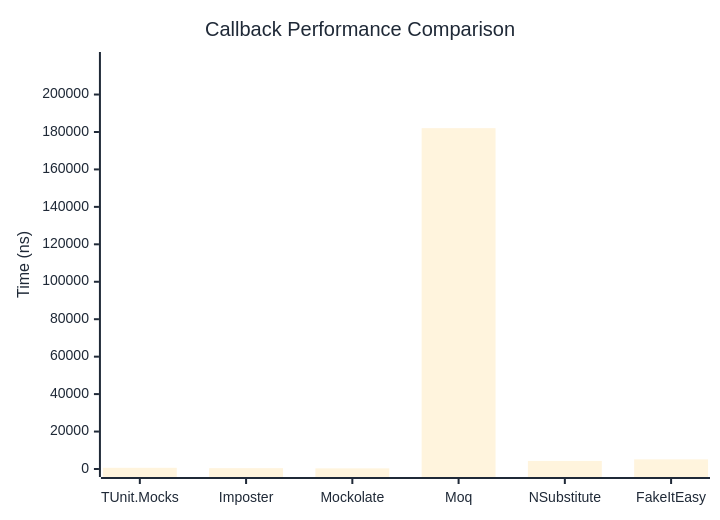
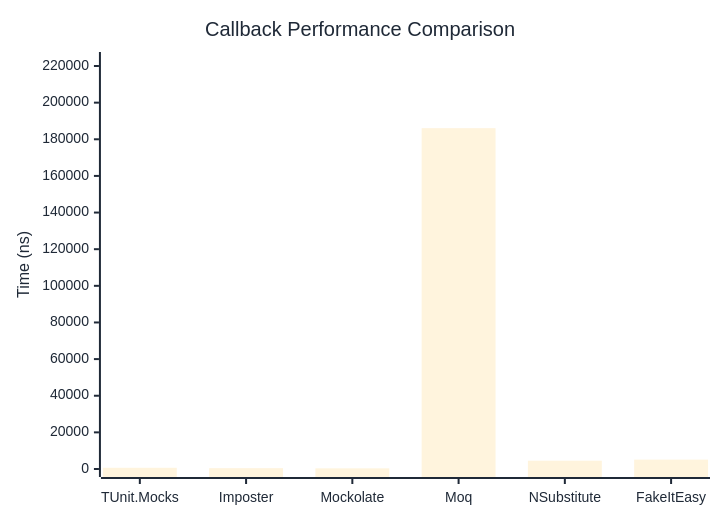
The first of 2 diagrams in docs/docs/benchmarks/mocks/Callback.md (thomhurst/TUnit), drawn with Mermaid before and after one commit. The commit also changed other lines of this file and 14 other files, not shown here.

````diff
--- a/docs/docs/benchmarks/mocks/Callback.md
+++ b/docs/docs/benchmarks/mocks/Callback.md
@@ -28,27 +28,27 @@
 ```mermaid
 %%{init: {
   'theme':'base',
   'themeVariables': {
     'primaryColor': '#2563eb',
     'primaryTextColor': '#1f2937',
     'primaryBorderColor': '#1e40af',
     'lineColor': '#6b7280',
     'secondaryColor': '#7c3aed',
     'tertiaryColor': '#dc2626',
     'background': '#ffffff',
     'pie1': '#2563eb',
     'pie2': '#7c3aed',
     'pie3': '#dc2626',
     'pie4': '#f59e0b',
     'pie5': '#10b981',
     'pie6': '#06b6d4',
     'pie7': '#ec4899',
     'pie8': '#6366f1'
   }
 }}%%
 xychart-beta
   title "Callback Performance Comparison"
   x-axis ["TUnit.Mocks", "Imposter", "Mockolate", "Moq", "NSubstitute", "FakeItEasy"]
-  y-axis "Time (ns)" 0 --> 218440
-  bar [633, 452, 334.6, 182032.9, 4305.4, 5155]
+  y-axis "Time (ns)" 0 --> 223283
+  bar [663.5, 458.6, 360.1, 186068.5, 4532.7, 5121.4]
 ```
````
